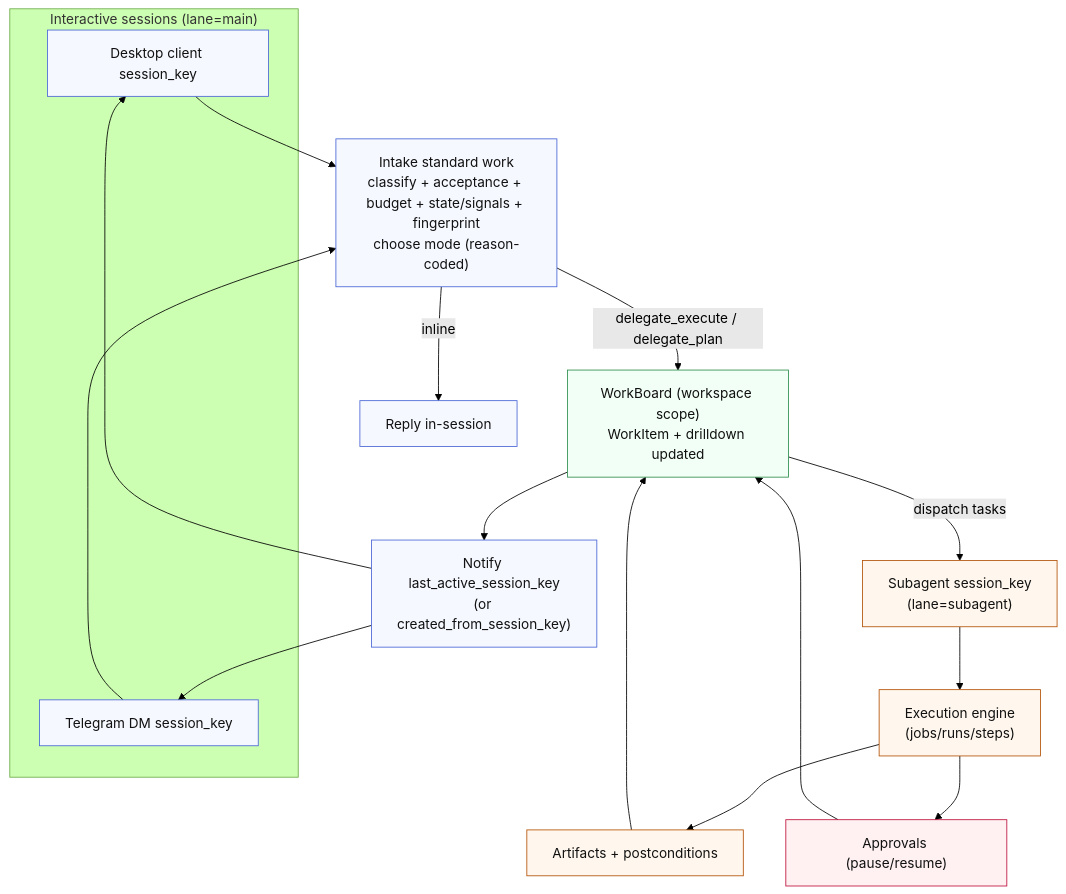
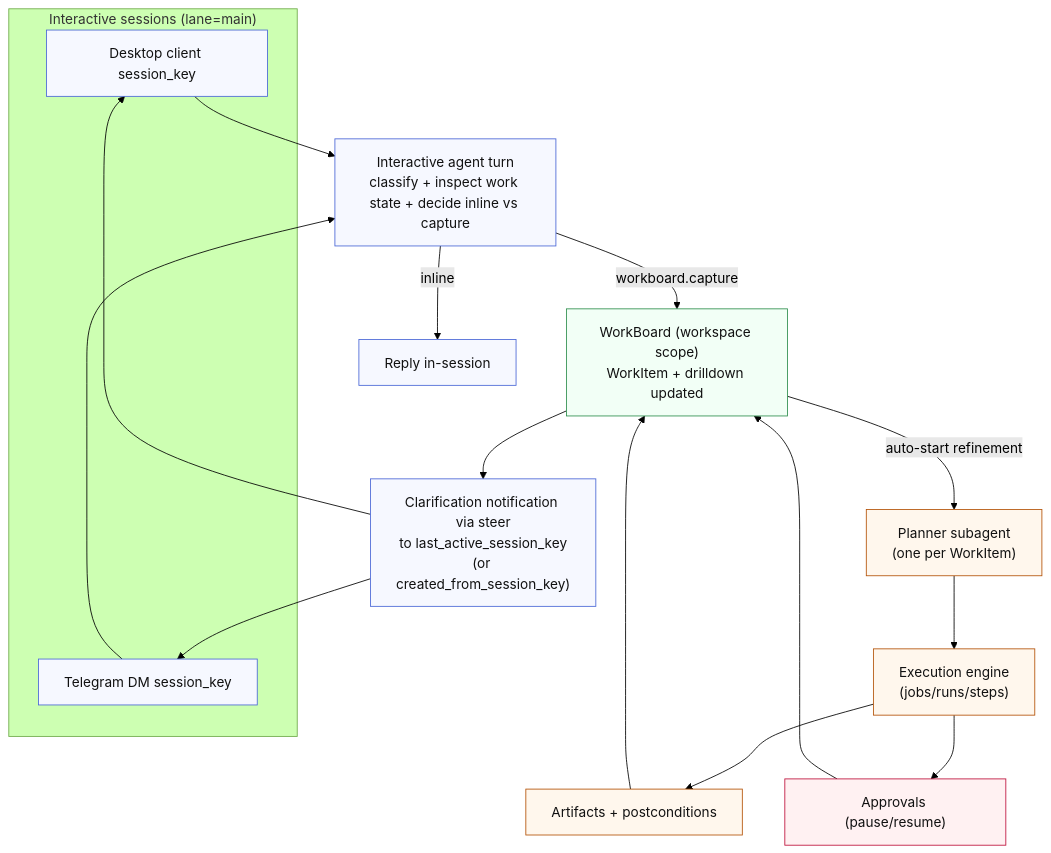
One commit to tyrumai/tyrum changed the first of 3 diagrams in docs/architecture/workboard.md. Above: the diagram before and after it, drawn with Mermaid (forest theme). The commit also changed other lines of this file and 52 other files, not shown here.

Commit message:
Implement model-driven WorkBoard orchestration

````diff
--- a/docs/architecture/workboard.md
+++ b/docs/architecture/workboard.md
@@ -206,29 +208,29 @@
 ```mermaid
 flowchart TB
   classDef session fill:#f6f8ff,stroke:#4a67d6,stroke-width:1px,color:#111;
   classDef board fill:#f2fff6,stroke:#2f8f4e,stroke-width:1px,color:#111;
   classDef exec fill:#fff7ed,stroke:#b45309,stroke-width:1px,color:#111;
   classDef gate fill:#fff1f2,stroke:#be123c,stroke-width:1px,color:#111;
 
   subgraph S["Interactive sessions (lane=main)"]
     Desktop["Desktop client session_key"]:::session
     Telegram["Telegram DM session_key"]:::session
   end
 
-  Desktop --> Intake["Intake standard work<br/>classify + acceptance + budget + state/signals + fingerprint<br/>choose mode (reason-coded)"]:::session
+  Desktop --> Intake["Interactive agent turn<br/>classify + inspect work state + decide inline vs capture"]:::session
   Telegram --> Intake
 
   Intake -->|inline| Inline["Reply in-session"]:::session
-  Intake -->|delegate_execute / delegate_plan| WB["WorkBoard (workspace scope)<br/>WorkItem + drilldown updated"]:::board
+  Intake -->|workboard.capture| WB["WorkBoard (workspace scope)<br/>WorkItem + drilldown updated"]:::board
 
-  WB -->|dispatch tasks| SA["Subagent session_key<br/>(lane=subagent)"]:::exec
+  WB -->|auto-start refinement| SA["Planner subagent<br/>(one per WorkItem)"]:::exec
   SA --> ENG["Execution engine<br/>(jobs/runs/steps)"]:::exec
   ENG --> ART["Artifacts + postconditions"]:::exec
   ENG --> APPR["Approvals (pause/resume)"]:::gate
 
   ART --> WB
   APPR --> WB
-  WB --> Notify["Notify last_active_session_key<br/>(or created_from_session_key)"]:::session
+  WB --> Notify["Clarification notification via steer<br/>to last_active_session_key<br/>(or created_from_session_key)"]:::session
   Notify --> Desktop
   Notify --> Telegram
 ```
````
